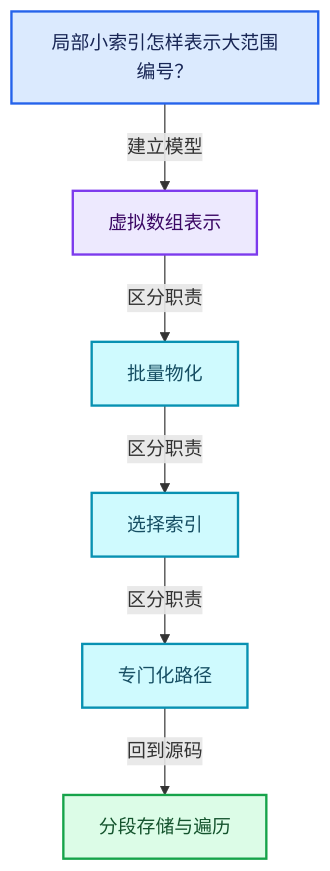
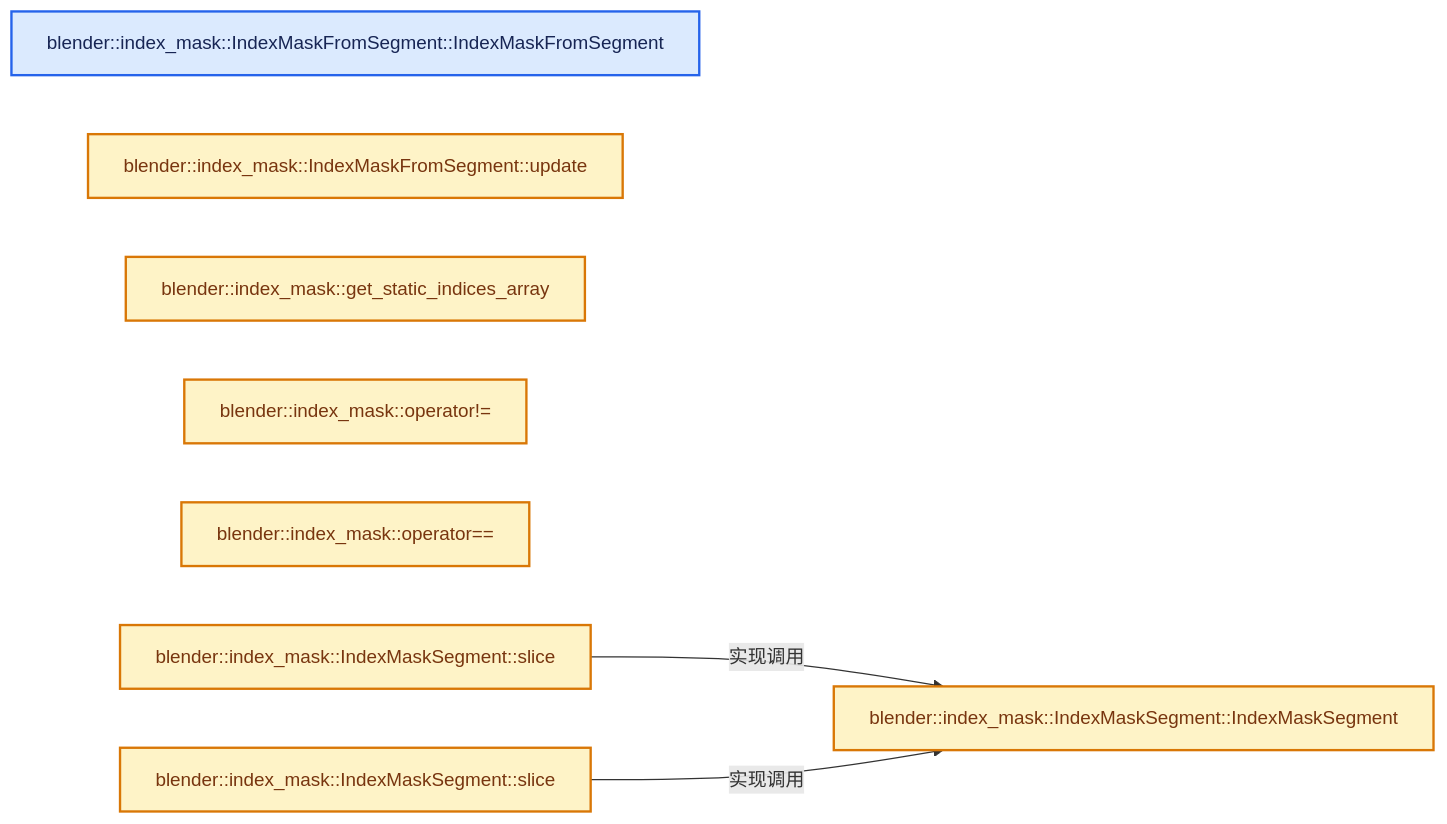
Before and after one commit to yunkezengren/blender-.vscode: the second of 4 diagrams in 杂/markdown/全面学习-codex/04-虚拟数组与索引选择/09-分段存储与遍历.md, drawn with Mermaid. The commit also changed other lines of this file and 1930 other files, not shown here.

````diff
--- a/杂/markdown/全面学习-codex/04-虚拟数组与索引选择/09-分段存储与遍历.md
+++ b/杂/markdown/全面学习-codex/04-虚拟数组与索引选择/09-分段存储与遍历.md
@@ -60,20 +46,19 @@
 ```mermaid
-flowchart TB
-  Q["局部小索引怎样表示大范围编号？"]:::input
-  C0["虚拟数组表示"]:::abstraction
-  C1["批量物化"]:::data
-  C2["选择索引"]:::data
-  C3["专门化路径"]:::data
-  R["分段存储与遍历"]:::result
-  Q -->|"建立模型"| C0
-  C0 -->|"区分职责"| C1
-  C1 -->|"区分职责"| C2
-  C2 -->|"区分职责"| C3
-  C3 -->|"回到源码"| R
+flowchart LR
+  F0["blender::index_mask::IndexMaskFromSegment::IndexMaskFromSegment"]:::input
+  F1["blender::index_mask::IndexMaskFromSegment::update"]:::compute
+  F2["blender::index_mask::get_static_indices_array"]:::compute
+  F3["blender::index_mask::operator!="]:::compute
+  F4["blender::index_mask::operator=="]:::compute
+  F5["blender::index_mask::IndexMaskSegment::IndexMaskSegment"]:::compute
+  F6["blender::index_mask::IndexMaskSegment::slice"]:::compute
+  F7["blender::index_mask::IndexMaskSegment::slice"]:::compute
+  F6 -->|"实现调用"| F5
+  F7 -->|"实现调用"| F5
   classDef input fill:#DBEAFE,stroke:#2563EB,color:#172554,stroke-width:2px;
   classDef data fill:#CFFAFE,stroke:#0891B2,color:#164E63,stroke-width:2px;
   classDef abstraction fill:#EDE9FE,stroke:#7C3AED,color:#3B0764,stroke-width:2px;
   classDef compute fill:#FEF3C7,stroke:#D97706,color:#78350F,stroke-width:2px;
   classDef result fill:#DCFCE7,stroke:#16A34A,color:#14532D,stroke-width:2px;
   classDef error fill:#FEE2E2,stroke:#DC2626,color:#7F1D1D,stroke-width:2px;
 ```
````
